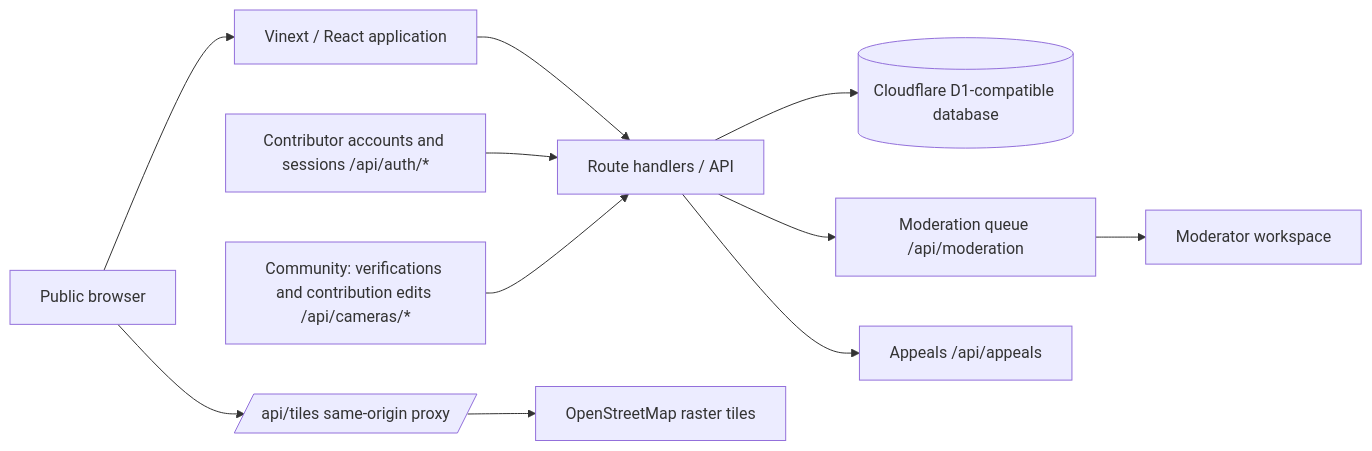
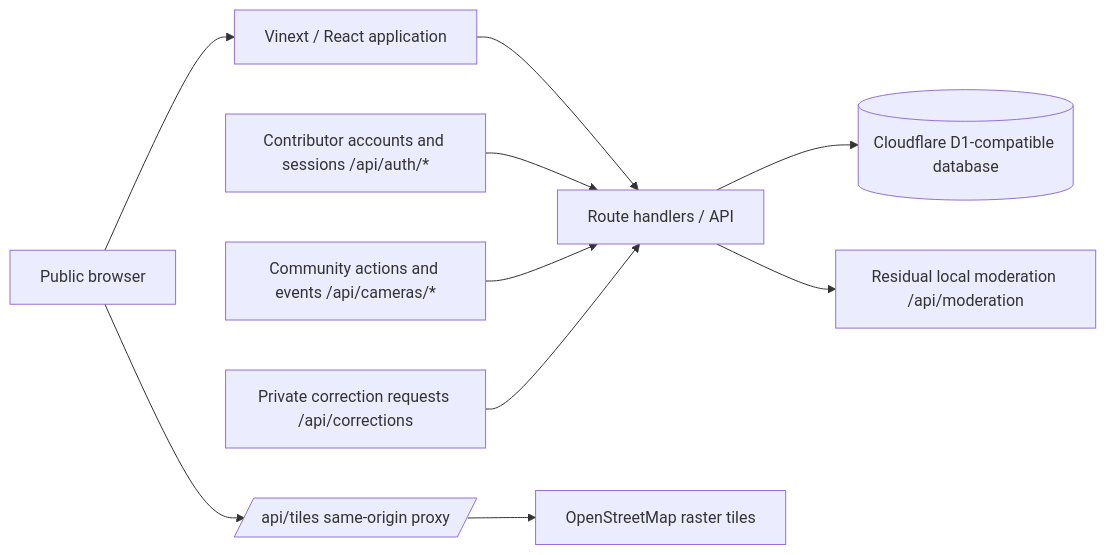
One commit to Syax89/open-surveillance-db changed the diagram in docs/ARCHITECTURE.md. Above: the diagram before and after it, drawn with Mermaid. The commit also changed other lines of this file and 41 other files, not shown here.

````diff
--- a/docs/ARCHITECTURE.md
+++ b/docs/ARCHITECTURE.md
@@ -7,13 +7,12 @@
 ```mermaid
 flowchart LR
   Browser[Public browser] --> Web[Vinext / React application]
   Web --> API[Route handlers / API]
   API --> D1[(Cloudflare D1-compatible database)]
   Browser --> Tiles[/api/tiles same-origin proxy/]
   Tiles --> OSM[OpenStreetMap raster tiles]
   Auth[Contributor accounts and sessions /api/auth/*] --> API
-  API --> Queue[Moderation queue /api/moderation]
-  Queue --> Moderator[Moderator workspace]
-  API --> Appeals[Appeals /api/appeals]
-  Community[Community: verifications and contribution edits /api/cameras/*] --> API
+  Community[Community actions and events /api/cameras/*] --> API
+  API --> Moderation[Residual local moderation /api/moderation]
+  Corrections[Private correction requests /api/corrections] --> API
 ```
````
